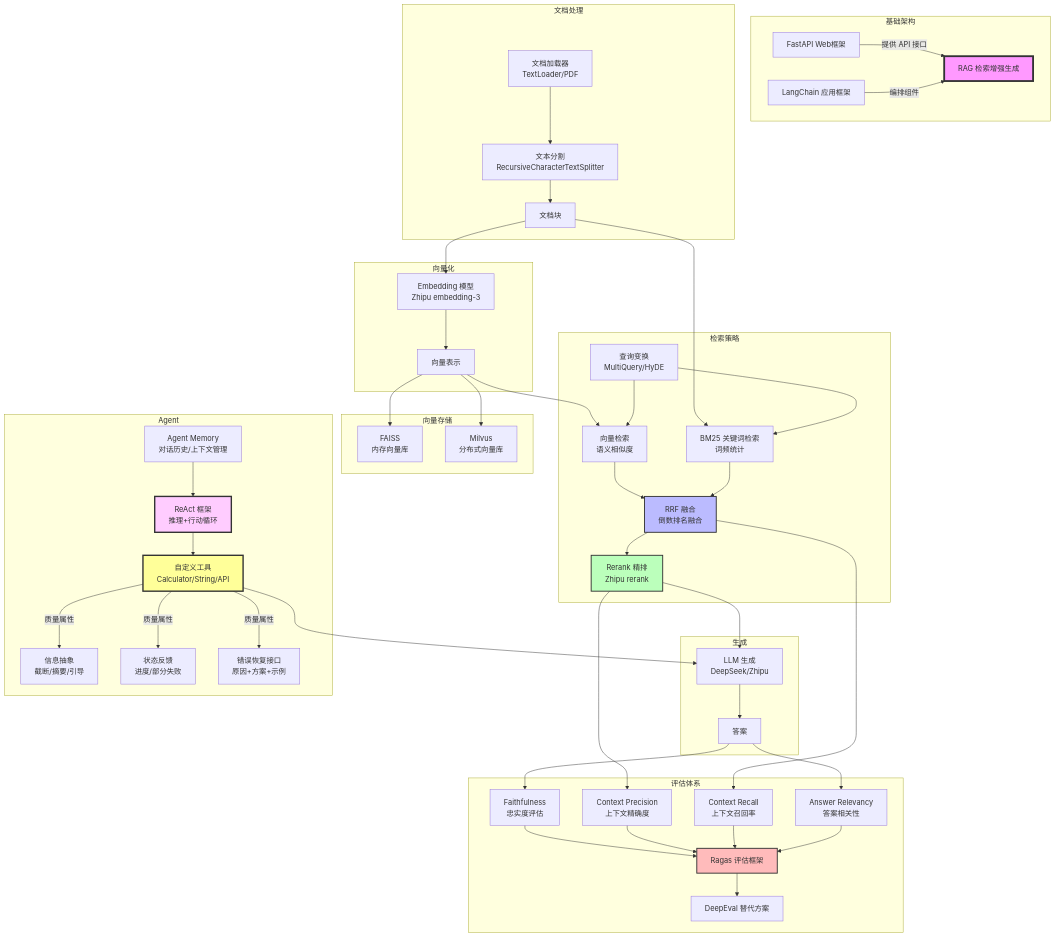
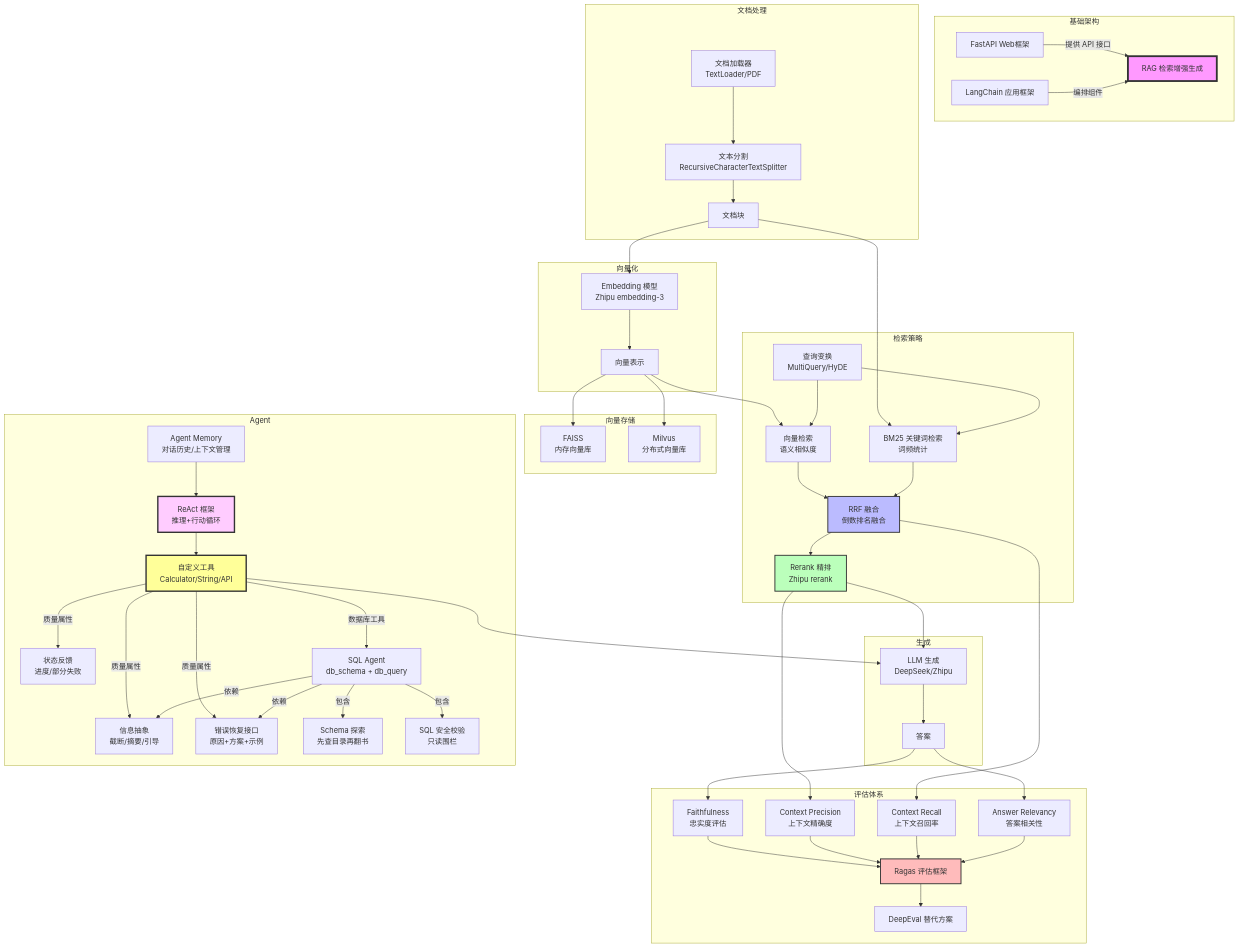
The diagram in CONCEPT_MAP.md (Blackarubbish/learning-agent), drawn with Mermaid before and after one commit. The commit also changed other lines of this file and 5 other files, not shown here.

Commit message:
feat: complete Chapter 14 — SQL & database tools (schema exploration + SQL safety)

```diff
--- a/CONCEPT_MAP.md
+++ b/CONCEPT_MAP.md
@@ -71,6 +71,14 @@
         Tools -->|质量属性| InfoAbstraction
         Tools -->|质量属性| StatusFeedback
         Tools -->|质量属性| ErrorRecovery
+        SQLAgent[SQL Agent<br/>db_schema + db_query]
+        SchemaExplore[Schema 探索<br/>先查目录再翻书]
+        SQLSafety[SQL 安全校验<br/>只读围栏]
+        Tools -->|数据库工具| SQLAgent
+        SQLAgent -->|依赖| InfoAbstraction
+        SQLAgent -->|依赖| ErrorRecovery
+        SQLAgent -->|包含| SchemaExplore
+        SQLAgent -->|包含| SQLSafety
         AgentMemory --> ReAct
     end
 
```
